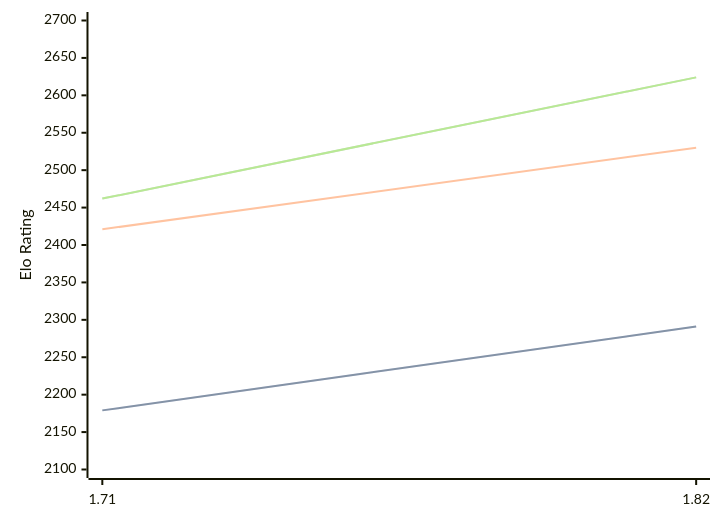
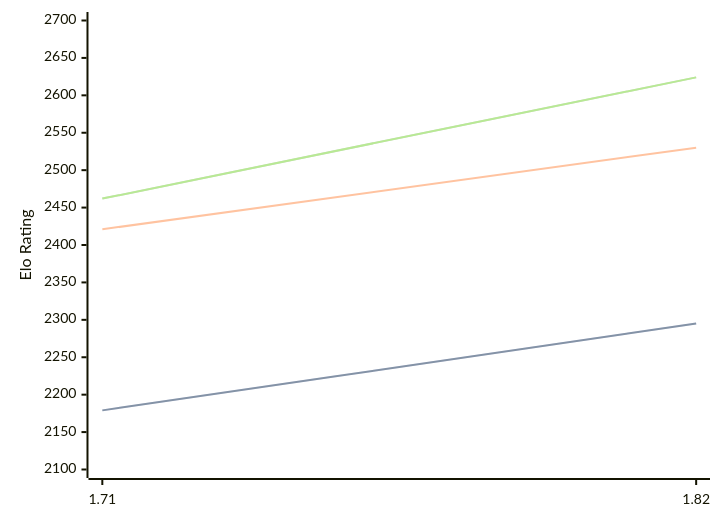
Before and after one commit to computer-chess-index/cci: the first of 3 diagrams in engines/Amira.md, drawn with Mermaid. The commit also changed other lines of this file, not shown here.

````diff
--- a/engines/Amira.md
+++ b/engines/Amira.md
@@ -35,11 +35,11 @@
 ```mermaid
 %%{init: {"theme":"base","themeVariables":{"seriesColors:['#a3a3a3','#222221','#faa371']}}}%%
 xychart-beta
   x-axis ["1.71", "1.82"]
   y-axis "Elo Rating" 2100 --> 2700
-  line "STC (8.0+0.08s)" [2179, 2291]
-  line "STC (8.0+0.08s)" [2179, 2291]
+  line "STC (8.0+0.08s)" [2179, 2295]
+  line "STC (8.0+0.08s)" [2179, 2295]
   line "LTC (60.0+0.60s)" [2421, 2530]
   line "VLTC (2m24s+1.12s)" [2462, 2624]
   line "VLTC (2m24s+1.12s)" [2462, 2624]
 ```
````
